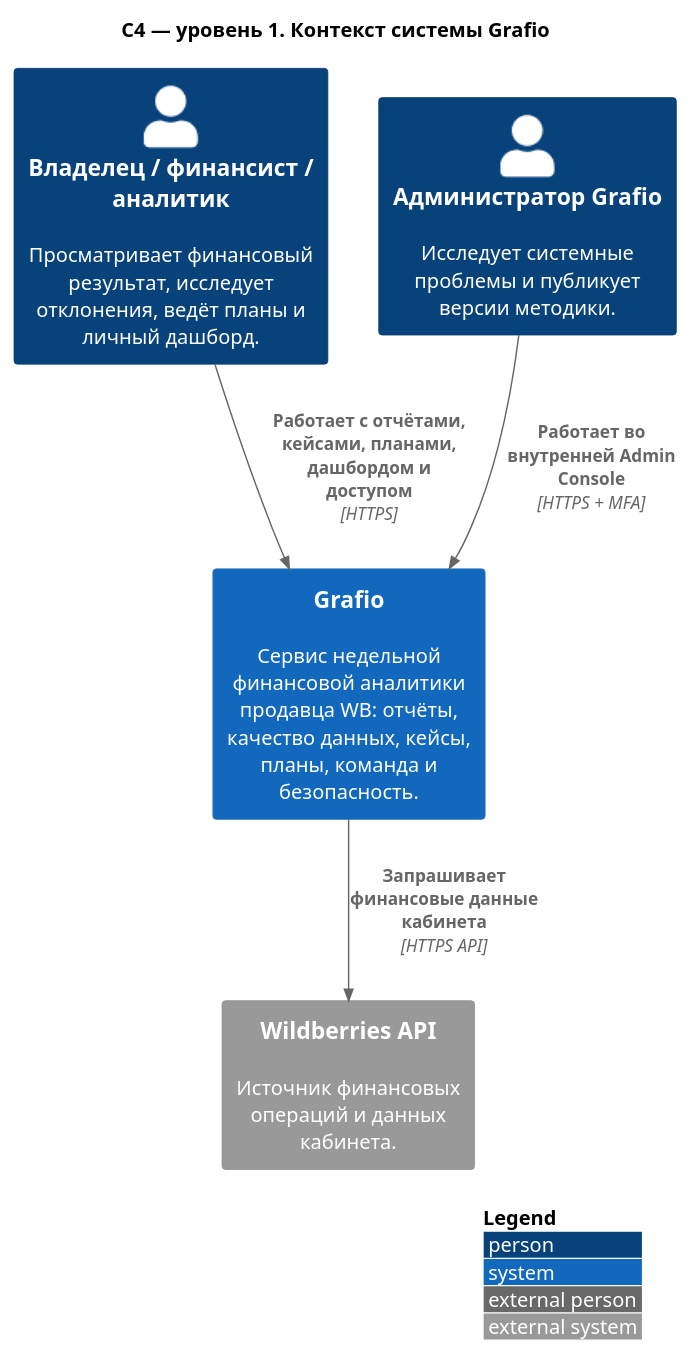
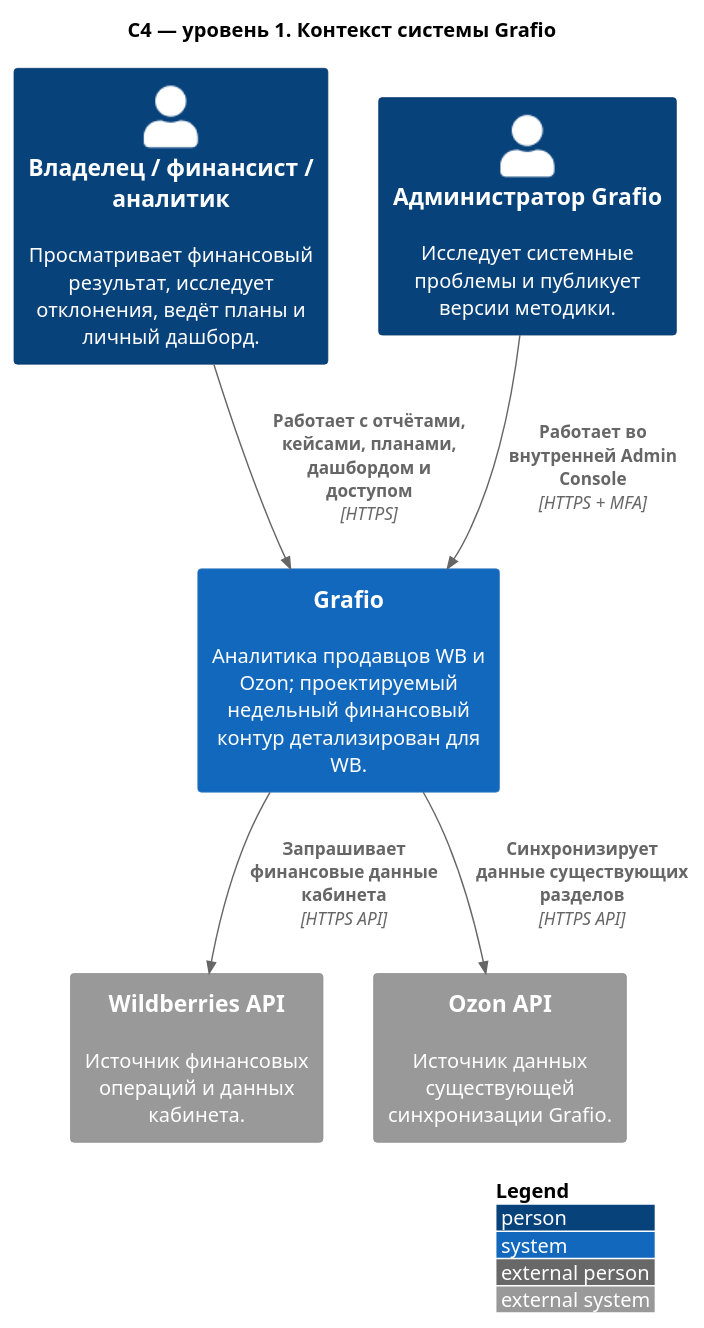
Before and after one commit to onlyuncia/grafio-product-docs: the diagram in docs/architecture/c4/01-system-context.puml, drawn with PlantUML. The commit also changed 4 other files, not shown here.

Commit message:
docs: show existing Ozon integration in system context

```diff
--- a/docs/architecture/c4/01-system-context.puml
+++ b/docs/architecture/c4/01-system-context.puml
@@ -1,16 +1,18 @@
 @startuml
 !includeurl https://raw.githubusercontent.com/plantuml-stdlib/C4-PlantUML/master/C4_Context.puml
 
 LAYOUT_WITH_LEGEND()
 title C4 — уровень 1. Контекст системы Grafio
 
 Person(client, "Владелец / финансист / аналитик", "Просматривает финансовый результат, исследует отклонения, ведёт планы и личный дашборд.")
 Person(admin, "Администратор Grafio", "Исследует системные проблемы и публикует версии методики.")
-System(grafio, "Grafio", "Сервис недельной финансовой аналитики продавца WB: отчёты, качество данных, кейсы, планы, команда и безопасность.")
+System(grafio, "Grafio", "Аналитика продавцов WB и Ozon; проектируемый недельный финансовый контур детализирован для WB.")
 System_Ext(wb, "Wildberries API", "Источник финансовых операций и данных кабинета.")
+System_Ext(ozon, "Ozon API", "Источник данных существующей синхронизации Grafio.")
 
 Rel(client, grafio, "Работает с отчётами, кейсами, планами, дашбордом и доступом", "HTTPS")
 Rel(admin, grafio, "Работает во внутренней Admin Console", "HTTPS + MFA")
 Rel(grafio, wb, "Запрашивает финансовые данные кабинета", "HTTPS API")
+Rel(grafio, ozon, "Синхронизирует данные существующих разделов", "HTTPS API")
 
 @enduml
```
